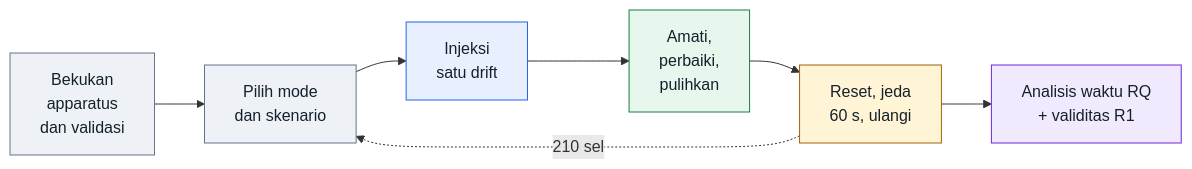
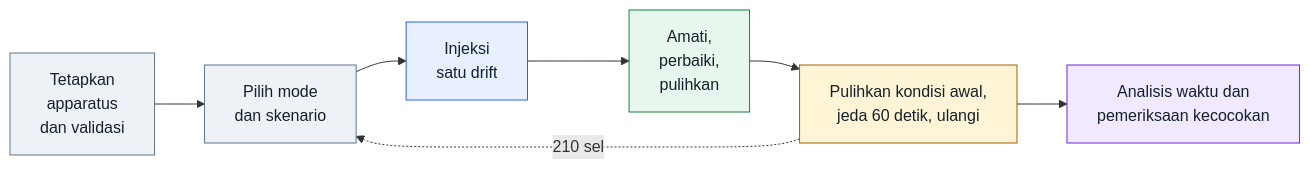
The diagram in content/skripsi/diagrams/src/fig-pipeline.mmd (vityasyyy/skripsi), drawn with Mermaid before and after one commit. The commit also changed 33 other files, not shown here.

```diff
--- a/content/skripsi/diagrams/src/fig-pipeline.mmd
+++ b/content/skripsi/diagrams/src/fig-pipeline.mmd
@@ -1,14 +1,14 @@
 flowchart LR
-  A["Bekukan<br/>apparatus<br/>dan validasi"] --> B["Pilih mode<br/>dan skenario"] --> C["Injeksi<br/>satu drift"] --> D["Amati,<br/>perbaiki,<br/>pulihkan"] --> E["Reset, jeda<br/>60 s, ulangi"]
+  A["Tetapkan<br/>apparatus<br/>dan validasi"] --> B["Pilih mode<br/>dan skenario"] --> C["Injeksi<br/>satu drift"] --> D["Amati,<br/>perbaiki,<br/>pulihkan"] --> E["Pulihkan kondisi awal,<br/>jeda 60 detik, ulangi"]
   E -. "210 sel" .-> B
-  E --> F["Analisis waktu RQ<br/>+ validitas R1"]
+  E --> F["Analisis waktu dan<br/>pemeriksaan kecocokan"]
   classDef prep fill:#eef2f7,stroke:#64748b,color:#14212b;
   classDef obs fill:#e8f0ff,stroke:#2563eb,color:#14212b;
   classDef fix fill:#e7f7ed,stroke:#15803d,color:#14212b;
   classDef reset fill:#fff4d6,stroke:#a16207,color:#14212b;
   classDef analysis fill:#f1eaff,stroke:#6d28d9,color:#14212b;
   class A,B prep;
   class C obs;
   class D fix;
   class E reset;
   class F analysis;
```
